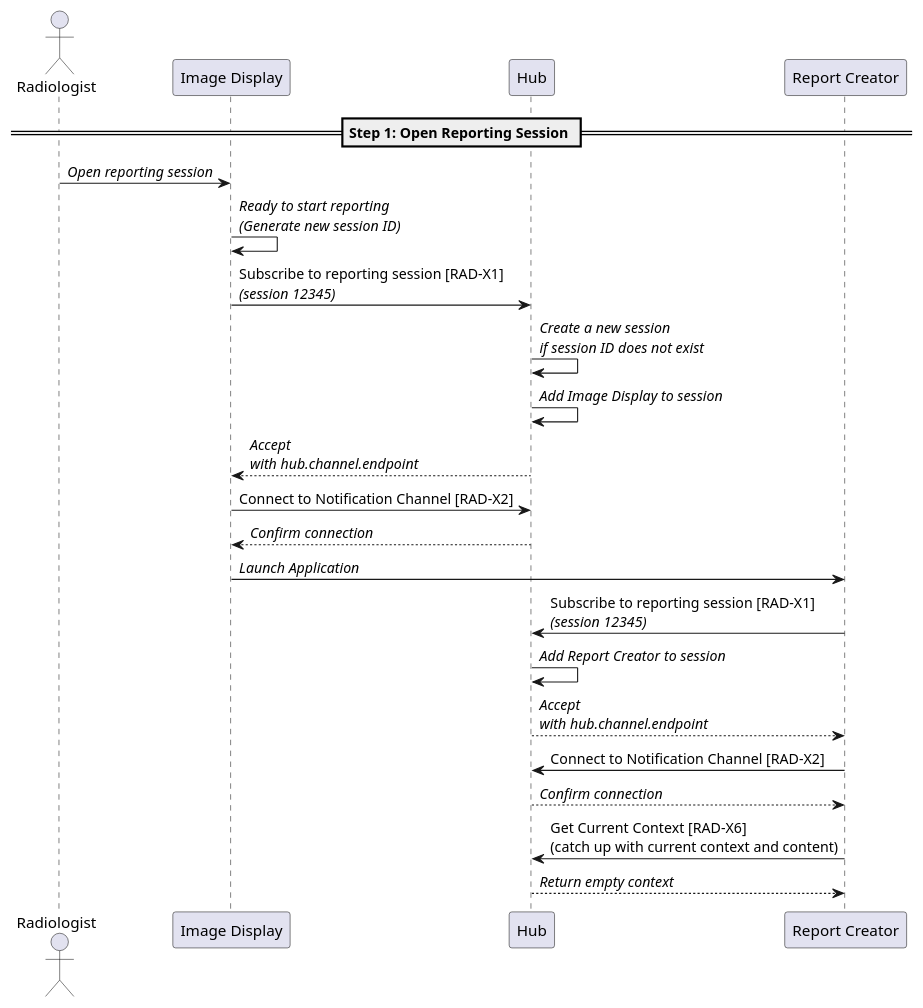
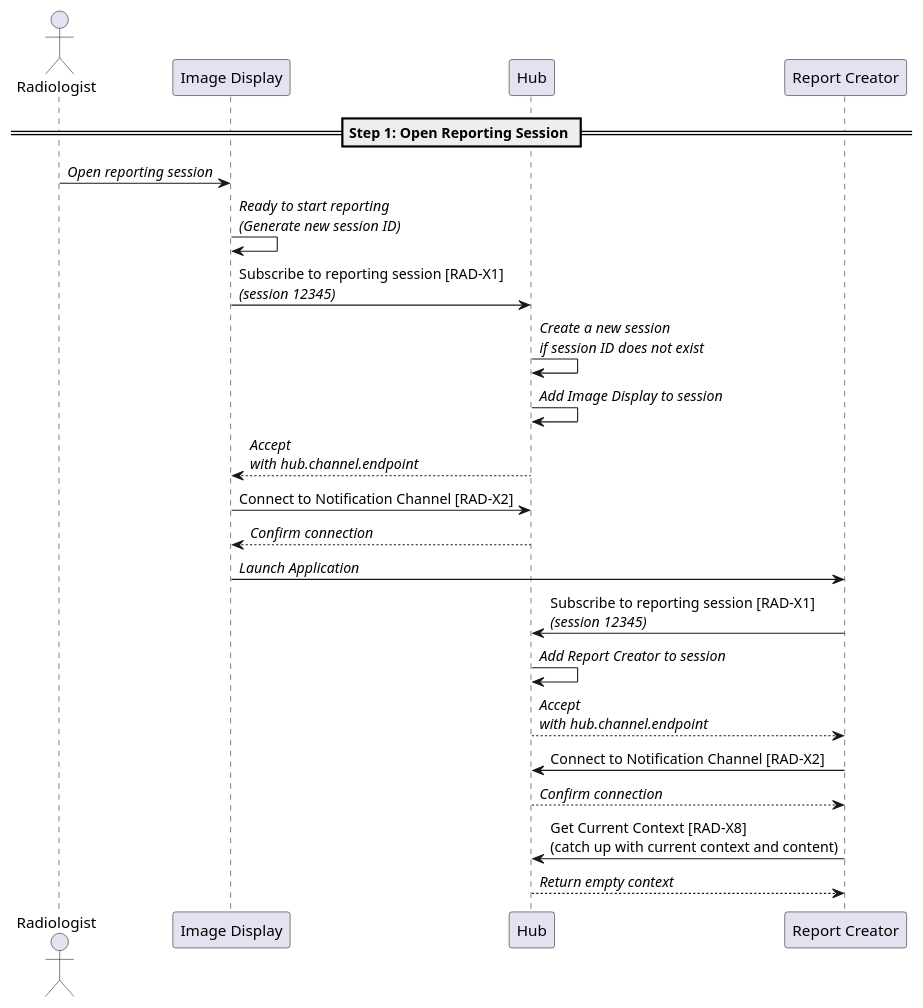
The diagram in input/images-source/step1-open-reporting-session.plantuml (IHE/RAD.IRA), drawn with PlantUML before and after one commit.

Commit message:
Corrected transaction number for Get Current Context.

```diff
--- a/input/images-source/step1-open-reporting-session.plantuml
+++ b/input/images-source/step1-open-reporting-session.plantuml
@@ -1,35 +1,35 @@
 @startuml
 
 actor Radiologist as User
 participant "Image Display" as PACS
 participant "Hub" as Hub
 participant "Report Creator" as Report
 
 == Step 1: Open Reporting Session ==
 
 User->PACS: //Open reporting session//
 PACS->PACS: //Ready to start reporting//\n//(Generate new session ID)//
 
 PACS->Hub: Subscribe to reporting session [RAD-X1]\n//(session 12345)//
 Hub->Hub: //Create a new session//\n//if session ID does not exist//
 
 Hub->Hub: //Add Image Display to session//
 
 Hub-->PACS: //Accept//\n//with hub.channel.endpoint//
 PACS->Hub: Connect to Notification Channel [RAD-X2]
 Hub-->PACS: //Confirm connection//
 
 PACS->Report: //Launch Application//
 
 Report->Hub: Subscribe to reporting session [RAD-X1]\n//(session 12345)//
 
 Hub->Hub: //Add Report Creator to session//
 
 Hub-->Report: //Accept//\n//with hub.channel.endpoint//
 Report->Hub: Connect to Notification Channel [RAD-X2]
 Hub-->Report: //Confirm connection//
 
-Report->Hub: Get Current Context [RAD-X6]\n(catch up with current context and content)
+Report->Hub: Get Current Context [RAD-X8]\n(catch up with current context and content)
 Hub-->Report: //Return empty context//
 
 @enduml
```
